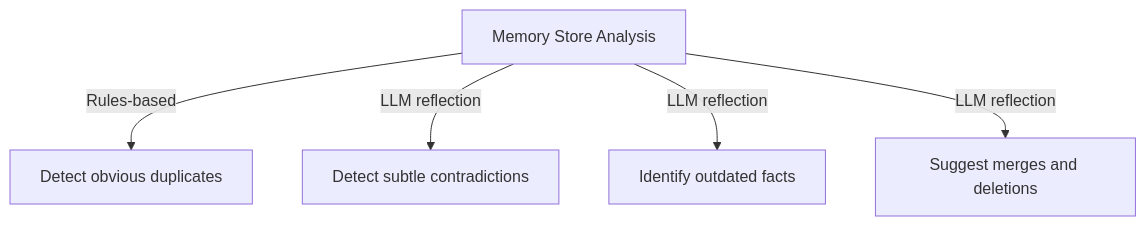
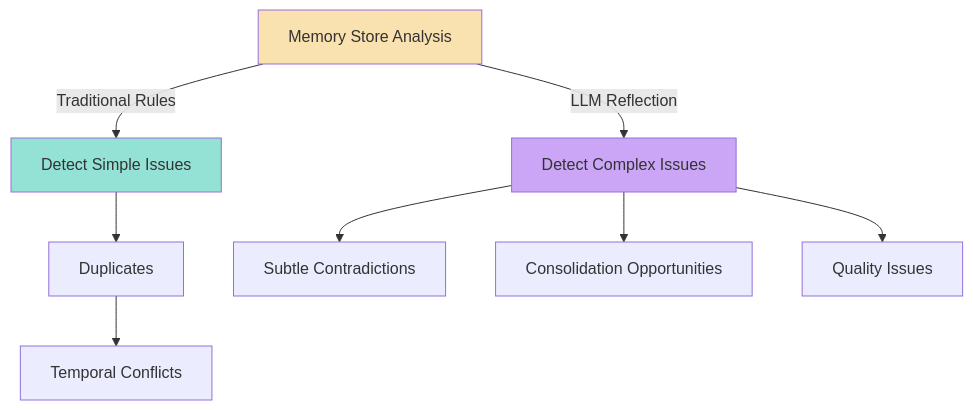
One commit to Amie-dev/FDE-and-GenAI-Mastery changed the seventh of 8 diagrams in Lecture 19 - Agent Memory Systems/notes/05_Memory_Eviction_Contradiction_Resolution_and_Decay.md. Above: the diagram before and after it, drawn with Mermaid. The commit also changed other lines of this file and 9 other files, not shown here.

First line of the commit message:
Add complete notes on Agent Memory Systems and High-Performance LLM Inference with vLLM

````diff
--- a/Lecture 19 - Agent Memory Systems/notes/05_Memory_Eviction_Contradiction_Resolution_and_Decay.md
+++ b/Lecture 19 - Agent Memory Systems/notes/05_Memory_Eviction_Contradiction_Resolution_and_Decay.md
@@ -496,7 +851,14 @@
 ```mermaid
 flowchart TD
-    A["Memory Store Analysis"] -->|Rules-based| B["Detect obvious duplicates"]
-    A -->|LLM reflection| C["Detect subtle contradictions"]
-    A -->|LLM reflection| D["Identify outdated facts"]
-    A -->|LLM reflection| E["Suggest merges and deletions"]
+    A["Memory Store Analysis"] -->|Traditional Rules| B["Detect Simple Issues"]
+    A -->|LLM Reflection| C["Detect Complex Issues"]
+    B --> D["Duplicates"]
+    D --> E["Temporal Conflicts"]
+    C --> F["Subtle Contradictions"]
+    C --> G["Consolidation Opportunities"]
+    C --> H["Quality Issues"]
+    
+    style A fill:#f9e2af
+    style B fill:#94e2d5
+    style C fill:#cba6f7
 ```
````
